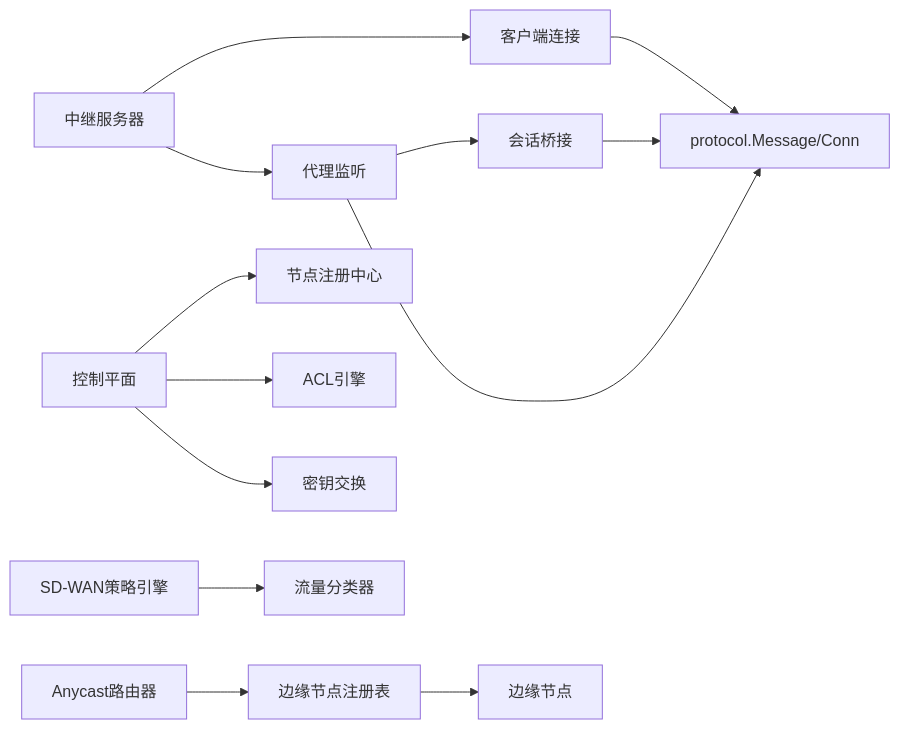
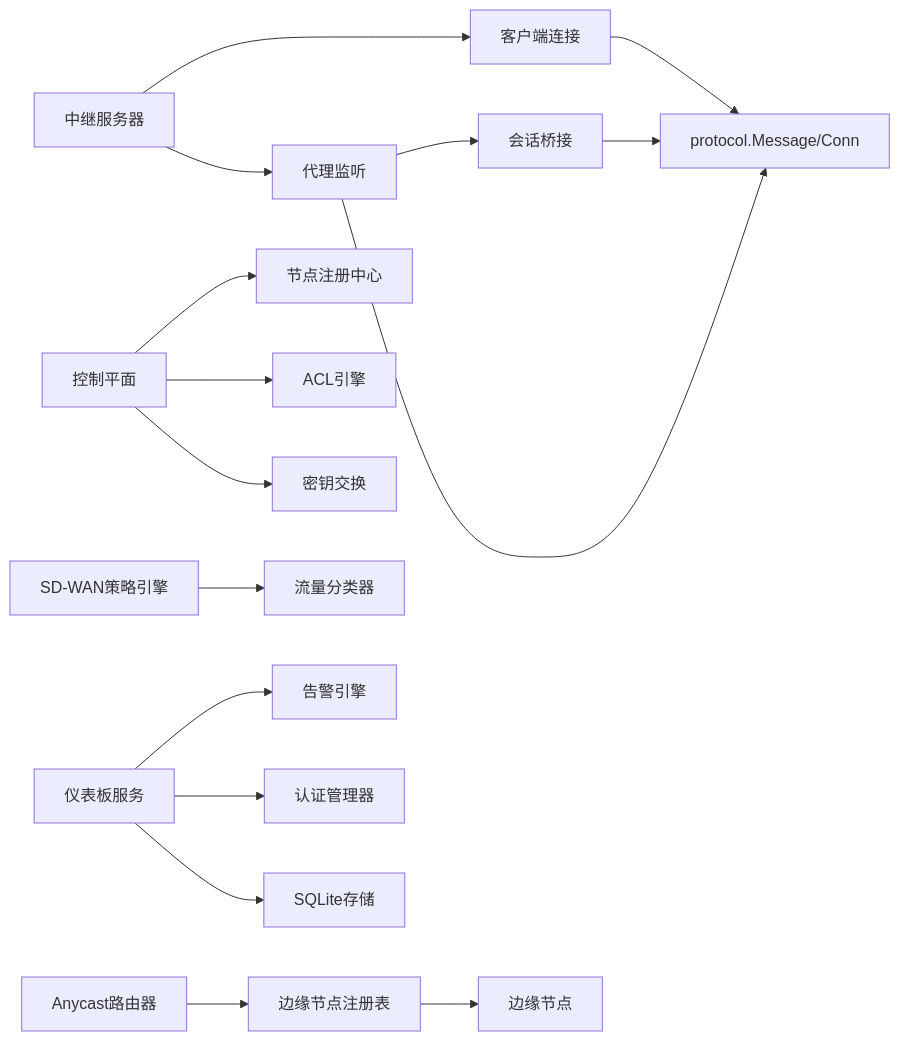
One commit to itsharex/NexTunnel changed the tenth of 10 diagrams in .qoder/repowiki/zh/content/服务端架构/服务端架构.md. Above: the diagram before and after it, drawn with Mermaid. The commit also changed other lines of this file and 32 other files, not shown here.

````diff
--- a/.qoder/repowiki/zh/content/服务端架构/服务端架构.md
+++ b/.qoder/repowiki/zh/content/服务端架构/服务端架构.md
@@ -421,15 +573,18 @@
 ```mermaid
 graph LR
 Server["中继服务器"] --> ClientConn["客户端连接"]
 Server --> Proxy["代理监听"]
 Proxy --> Session["会话桥接"]
 ClientConn --> Proto["protocol.Message/Conn"]
 Proxy --> Proto
 Session --> Proto
 ControlPlane["控制平面"] --> NodeRegistry["节点注册中心"]
 ControlPlane --> ACLEngine["ACL引擎"]
 ControlPlane --> KeyExchange["密钥交换"]
 EdgeRegistry["边缘节点注册表"] --> EdgeNode["边缘节点"]
 SDWANPolicy["SD-WAN策略引擎"] --> Classifier["流量分类器"]
 AnycastRouter["Anycast路由器"] --> EdgeRegistry
+DashboardServer["仪表板服务"] --> AlertEngine["告警引擎"]
+DashboardServer --> AuthManager["认证管理器"]
+DashboardServer --> SQLiteStore["SQLite存储"]
 ```
````
